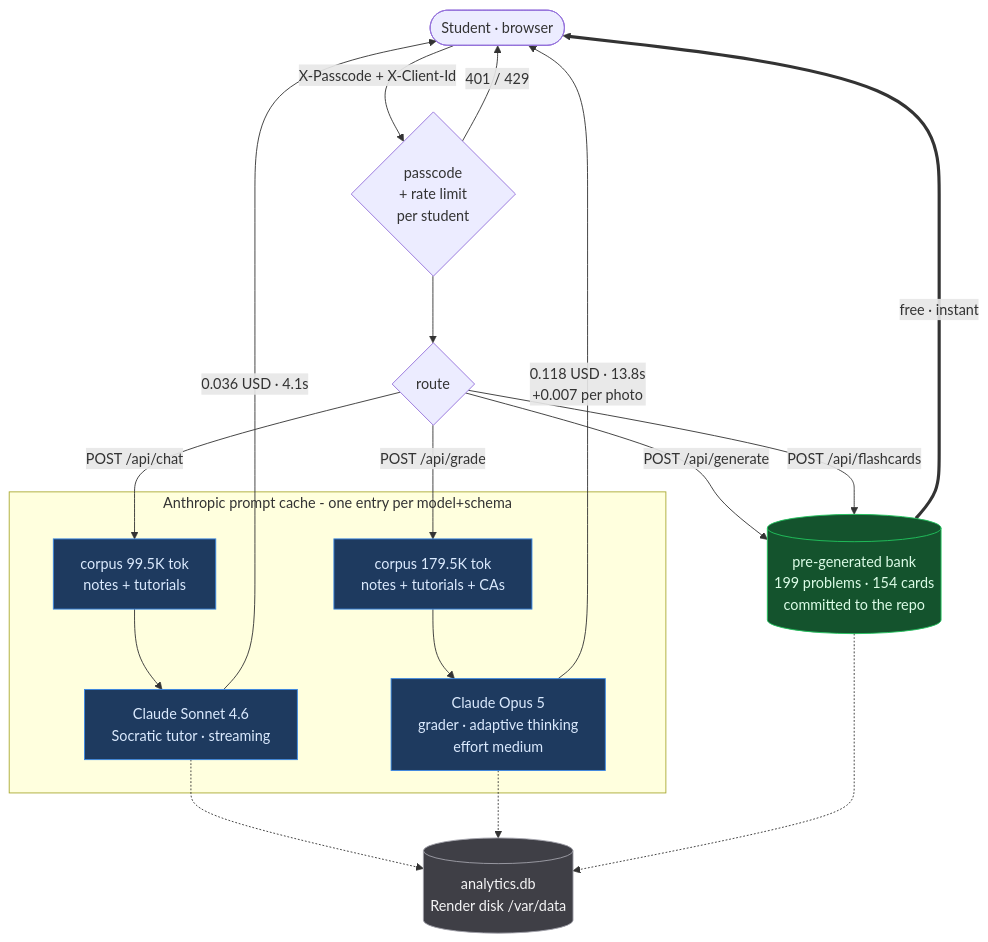
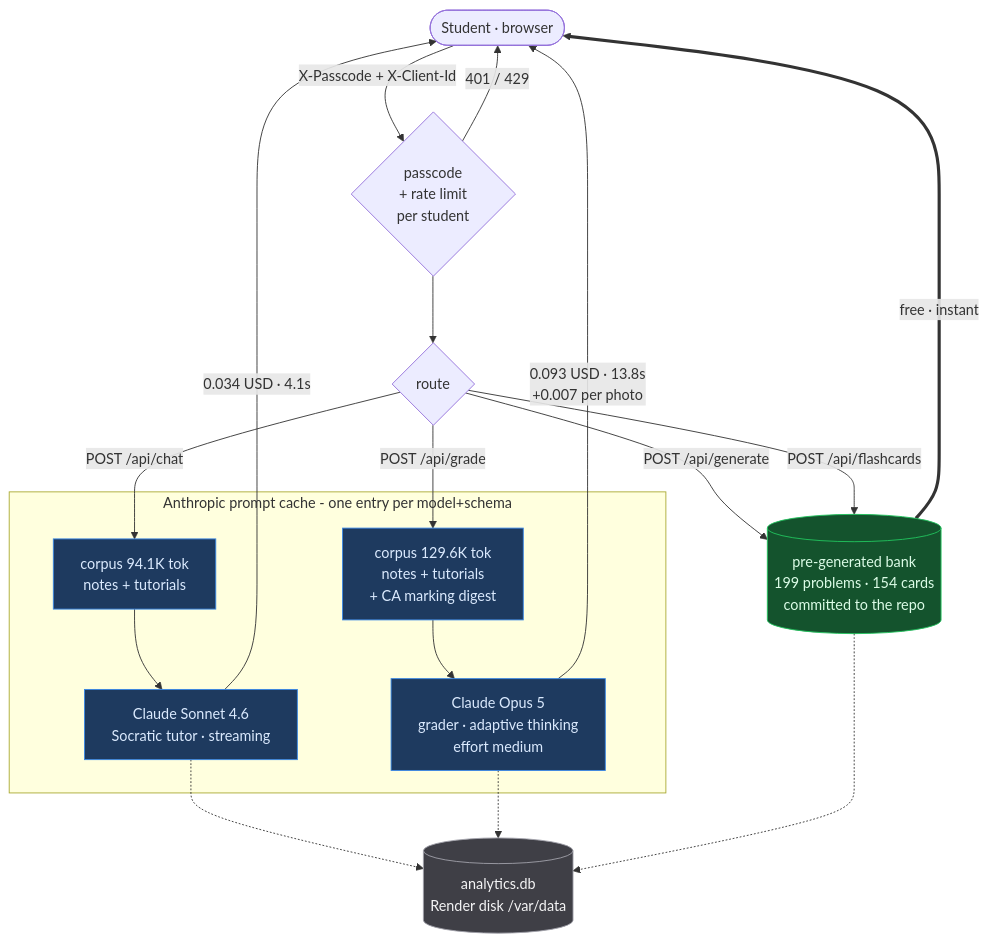
One commit to ngwtl/captain-thermo changed the first of 3 diagrams in docs/architecture.md. Above: the diagram before and after it, drawn with Mermaid. The commit also changed other lines of this file and 7 other files, not shown here.

````diff
--- a/docs/architecture.md
+++ b/docs/architecture.md
@@ -11,40 +11,40 @@
 ```mermaid
 flowchart TB
     S(["Student · browser"])
     GATE{"passcode<br/>+ rate limit<br/>per student"}
     R{"route"}
     BANK[("pre-generated bank<br/>199 problems · 154 cards<br/>committed to the repo")]
     A[("analytics.db<br/>Render disk /var/data")]
 
     subgraph CACHE ["Anthropic prompt cache - one entry per model+schema"]
-        C1["corpus 99.5K tok<br/>notes + tutorials"]
-        C2["corpus 179.5K tok<br/>notes + tutorials + CAs"]
+        C1["corpus 94.1K tok<br/>notes + tutorials"]
+        C2["corpus 129.6K tok<br/>notes + tutorials<br/>+ CA marking digest"]
         M1["Claude Sonnet 4.6<br/>Socratic tutor · streaming"]
         M2["Claude Opus 5<br/>grader · adaptive thinking<br/>effort medium"]
         C1 --> M1
         C2 --> M2
     end
 
     S -->|"X-Passcode + X-Client-Id"| GATE
     GATE -->|"401 / 429"| S
     GATE --> R
     R -->|"POST /api/generate"| BANK
     R -->|"POST /api/flashcards"| BANK
     R -->|"POST /api/chat"| C1
     R -->|"POST /api/grade"| C2
 
     BANK ==>|"free · instant"| S
-    M1 -->|"0.036 USD · 4.1s"| S
-    M2 -->|"0.118 USD · 13.8s<br/>+0.007 per photo"| S
+    M1 -->|"0.034 USD · 4.1s"| S
+    M2 -->|"0.093 USD · 13.8s<br/>+0.007 per photo"| S
 
     M1 -.-> A
     M2 -.-> A
     BANK -.-> A
 
     classDef free fill:#14532d,stroke:#22c55e,color:#dcfce7
     classDef paid fill:#1e3a5f,stroke:#3987e5,color:#dbeafe
     classDef store fill:#3f3f46,stroke:#a1a1aa,color:#f4f4f5
     class BANK free
     class M1,M2,C1,C2 paid
     class A store
 ```
````
